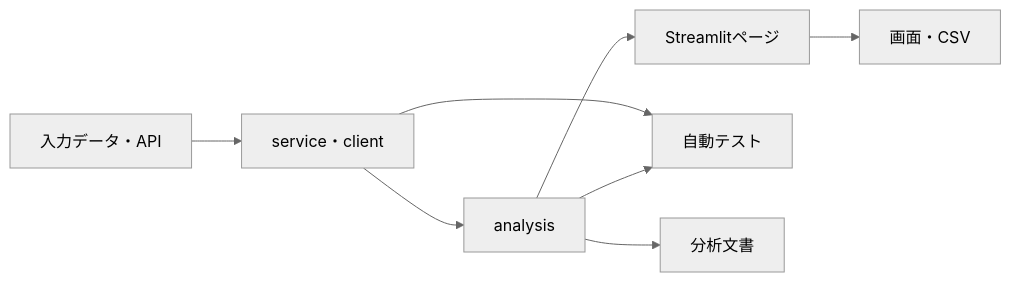
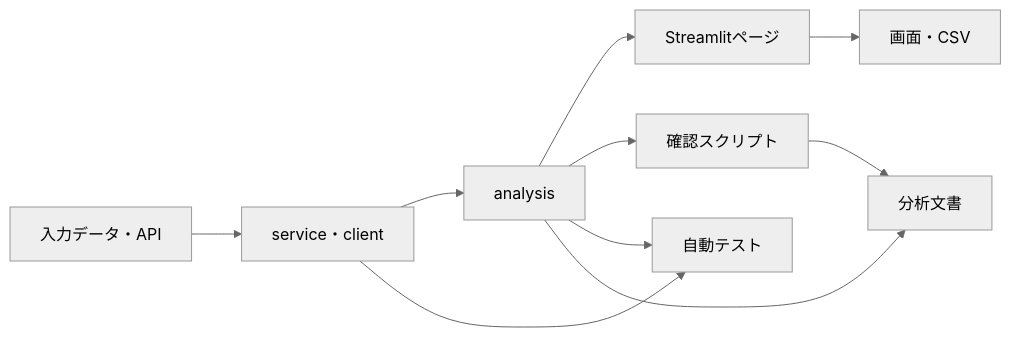
One commit to rin-sato-tech/real_wage_dashboard changed the diagram in docs/reference/implementation_map.md. Above: the diagram before and after it, drawn with Mermaid (neutral theme). The commit also changed other lines of this file and 6 other files, not shown here.

````diff
--- a/docs/reference/implementation_map.md
+++ b/docs/reference/implementation_map.md
@@ -13,10 +13,12 @@
 ```mermaid
 flowchart LR
     A[入力データ・API] --> B[service・client]
     B --> C[analysis]
     C --> D[Streamlitページ]
     D --> E[画面・CSV]
-    B --> F[自動テスト]
-    C --> F
-    C --> G[分析文書]
+    C --> F[確認スクリプト]
+    B --> G[自動テスト]
+    C --> G
+    C --> H[分析文書]
+    F --> H
 ```
````
